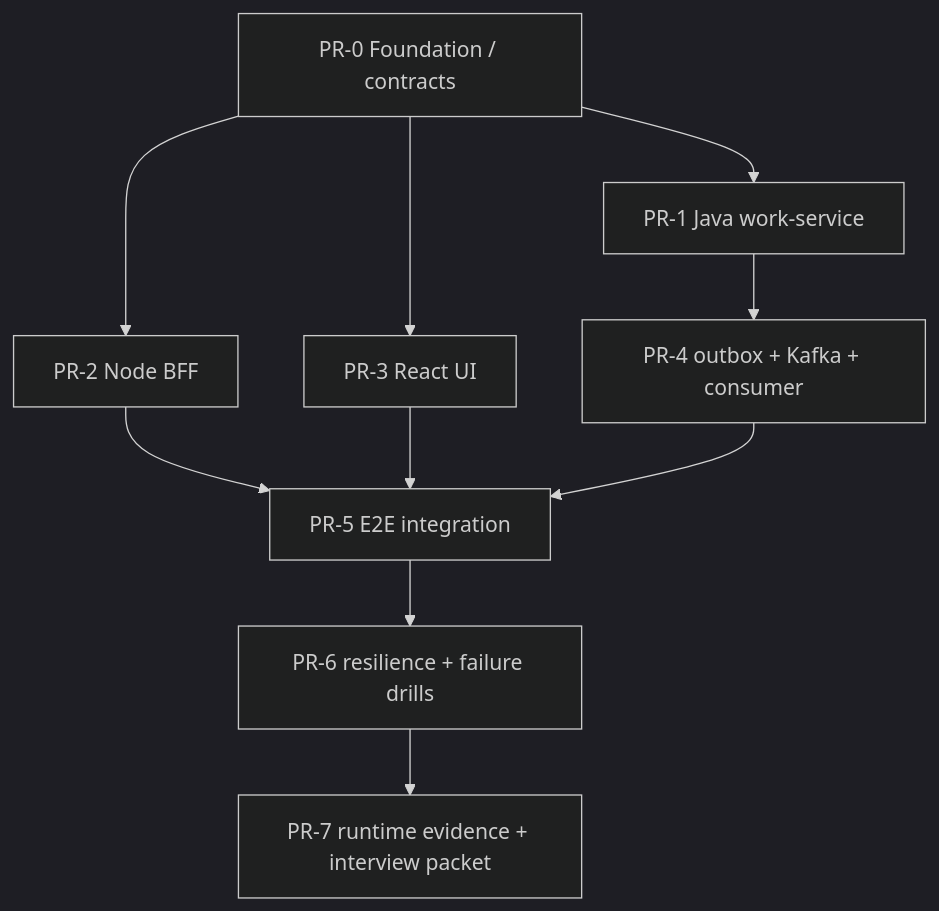
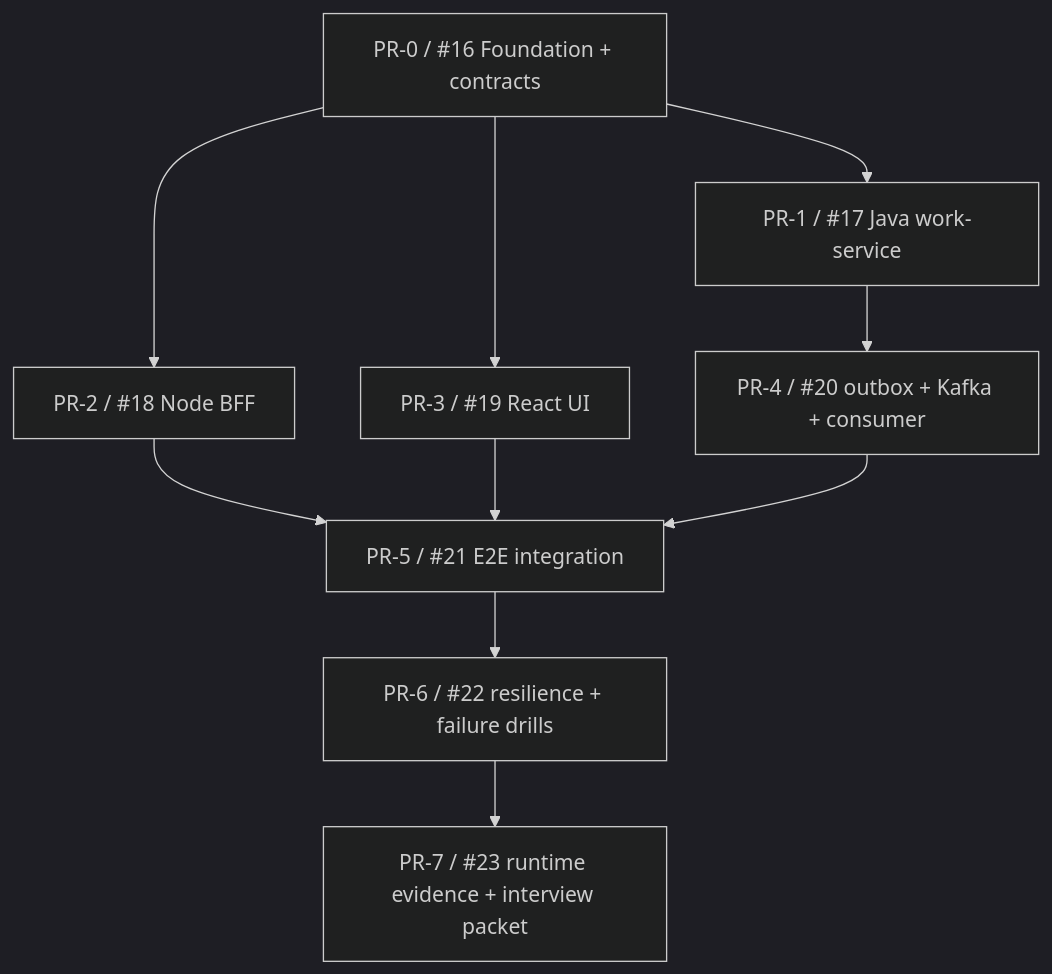
Before and after one commit to ed3c/Full-Stack-Notes: the third of 3 diagrams in README.md, drawn with Mermaid (dark theme). The commit also changed other lines of this file, not shown here.

Commit message:
mark foundation verified without overstating MVP

````diff
--- a/README.md
+++ b/README.md
@@ -91,12 +92,12 @@
 ```mermaid
 flowchart TD
-    F[PR-0 Foundation / contracts] --> J[PR-1 Java work-service]
-    F --> B[PR-2 Node BFF]
-    F --> W[PR-3 React UI]
-    J --> E[PR-4 outbox + Kafka + consumer]
-    B --> X[PR-5 E2E integration]
+    F[PR-0 / #16 Foundation + contracts] --> J[PR-1 / #17 Java work-service]
+    F --> B[PR-2 / #18 Node BFF]
+    F --> W[PR-3 / #19 React UI]
+    J --> E[PR-4 / #20 outbox + Kafka + consumer]
+    B --> X[PR-5 / #21 E2E integration]
     W --> X
     E --> X
-    X --> R[PR-6 resilience + failure drills]
-    R --> V[PR-7 runtime evidence + interview packet]
+    X --> R[PR-6 / #22 resilience + failure drills]
+    R --> V[PR-7 / #23 runtime evidence + interview packet]
 ```
````
